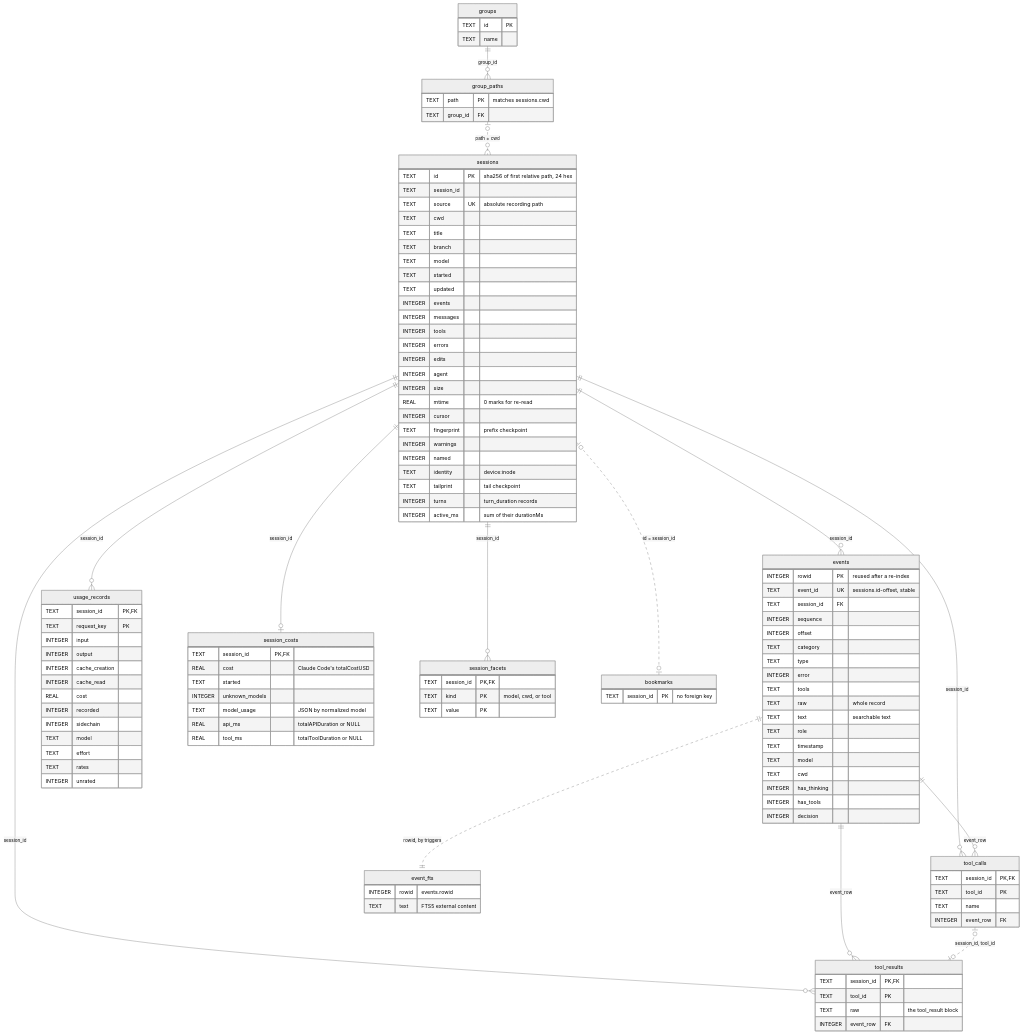
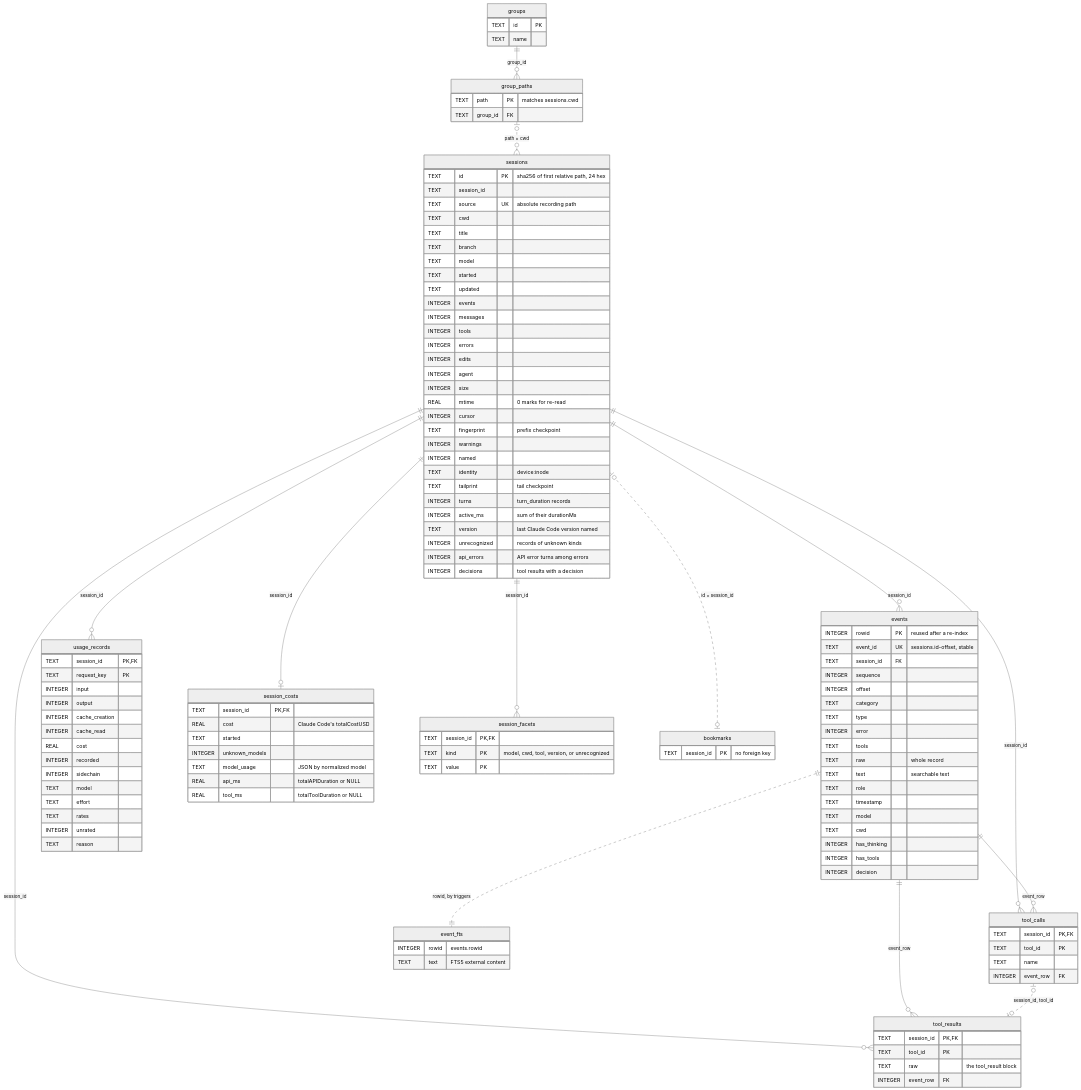
Before and after one commit to fantomc0der/claude-blackbox: the diagram in docs/sqlite-schema.md, drawn with Mermaid (neutral theme). The commit also changed other lines of this file and 45 other files, not shown here.

First line of the commit message:
Guard against Claude Code transcript format changes: record policy, version facet, error taxonomy, usage guards, format fixtures (#124)

```diff
--- a/docs/sqlite-schema.md
+++ b/docs/sqlite-schema.md
@@ -88,6 +88,10 @@
     TEXT tailprint "tail checkpoint"
     INTEGER turns "turn_duration records"
     INTEGER active_ms "sum of their durationMs"
+    TEXT version "last Claude Code version named"
+    INTEGER unrecognized "records of unknown kinds"
+    INTEGER api_errors "API error turns among errors"
+    INTEGER decisions "tool results with a decision"
   }
   events {
     INTEGER rowid PK "reused after a re-index"
@@ -127,6 +131,7 @@
     TEXT effort
     TEXT rates
     INTEGER unrated
+    TEXT reason
   }
   session_costs {
     TEXT session_id PK, FK
@@ -151,7 +156,7 @@
   }
   session_facets {
     TEXT session_id PK, FK
-    TEXT kind PK "model, cwd, or tool"
+    TEXT kind PK "model, cwd, tool, version, or unrecognized"
     TEXT value PK
   }
   bookmarks {
```
